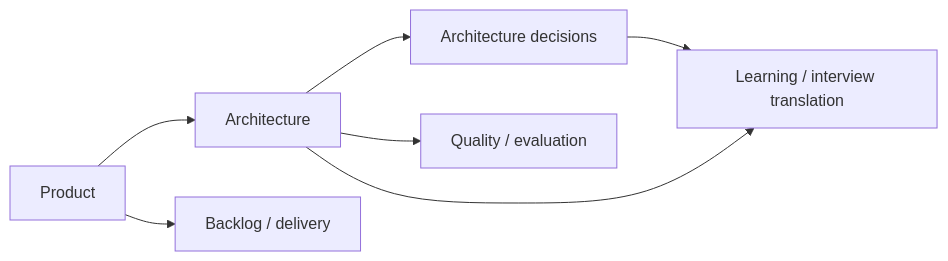
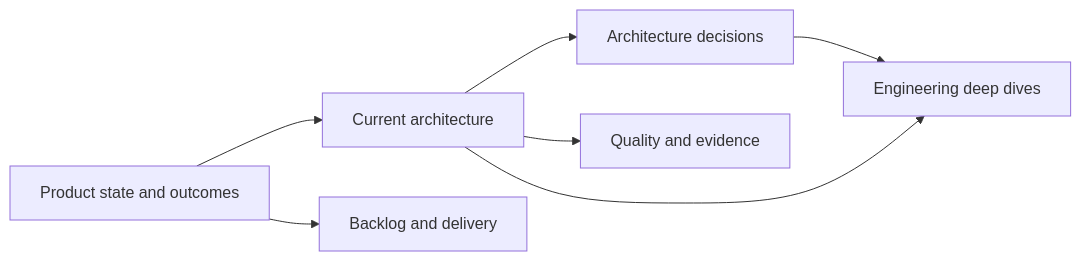
One commit to kumarchandansingh/tropos changed the diagram in docs/README.md. Above: the diagram before and after it, drawn with Mermaid. The commit also changed other lines of this file, not shown here.

````diff
--- a/docs/README.md
+++ b/docs/README.md
@@ -23,10 +28,10 @@
 ```mermaid
 flowchart LR
-    Product[Product]
-    --> Architecture[Architecture]
-    Architecture --> ADR[Architecture decisions]
-    Architecture --> Quality[Quality / evaluation]
-    Product --> Backlog[Backlog / delivery]
-    ADR --> Learning[Learning / interview translation]
-    Architecture --> Learning
+    Product[Product state and outcomes]
+    --> Architecture[Current architecture]
+    Architecture --> Decisions[Architecture decisions]
+    Architecture --> Quality[Quality and evidence]
+    Product --> Delivery[Backlog and delivery]
+    Decisions --> DeepDives[Engineering deep dives]
+    Architecture --> DeepDives
 ```
````
